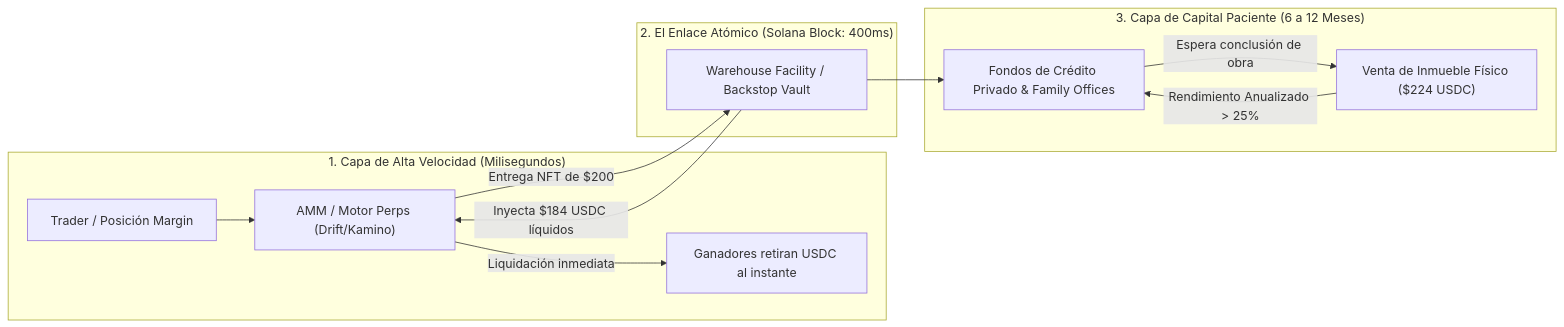
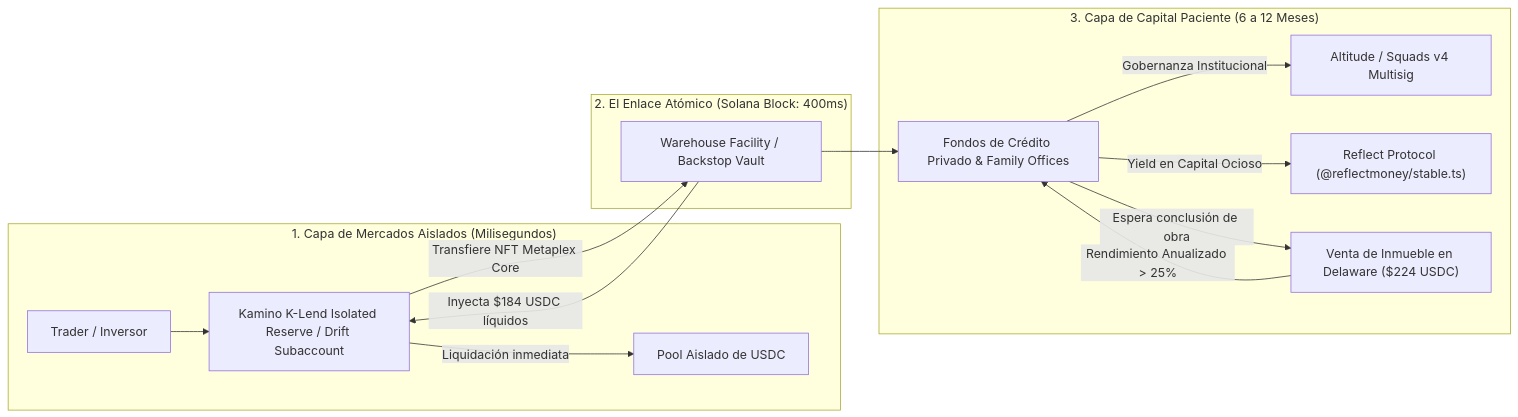
Before and after one commit to jeisonsosablockdev/BRIDS-KNOWLEDGE-FORT: the third of 3 diagrams in BRIDS-Brain/01 Negocio/02 Producto & Ingenieria/rfcs-tecnicos/epic-016-rwa-yield-bearing-margin-collateral.md, drawn with Mermaid. The commit also changed other lines of this file and 1 other file, not shown here.

Commit message:
docs(rfc): update epic-016 with Metaplex Core CPI and Colosseum stack architecture (v1.3)

````diff
--- a/BRIDS-Brain/01 Negocio/02 Producto & Ingenieria/rfcs-tecnicos/epic-016-rwa-yield-bearing-margin-collateral.md
+++ b/BRIDS-Brain/01 Negocio/02 Producto & Ingenieria/rfcs-tecnicos/epic-016-rwa-yield-bearing-margin-collateral.md
@@ -162,18 +165,20 @@
 ```mermaid
 flowchart LR
-    subgraph Capa_Velocidad["1. Capa de Alta Velocidad (Milisegundos)"]
-        Trader["Trader / Posición Margin"] --> AMM_Engine["AMM / Motor Perps (Drift/Kamino)"]
-        AMM_Engine -->|Liquidación inmediata| CashOut["Ganadores retiran USDC al instante"]
+    subgraph Capa_Credito["1. Capa de Mercados Aislados (Milisegundos)"]
+        Trader["Trader / Inversor"] --> Kamino["Kamino K-Lend Isolated Reserve / Drift Subaccount"]
+        Kamino -->|Liquidación inmediata| CashPool["Pool Aislado de USDC"]
     end
 
     subgraph Capa_Enlace["2. El Enlace Atómico (Solana Block: 400ms)"]
-        AMM_Engine -->|Entrega NFT de $200| Warehouse["Warehouse Facility / Backstop Vault"]
-        Warehouse -->|Inyecta $184 USDC líquidos| AMM_Engine
+        Kamino -->|Transfiere NFT Metaplex Core| Warehouse["Warehouse Facility / Backstop Vault"]
+        Warehouse -->|Inyecta $184 USDC líquidos| Kamino
     end
 
     subgraph Capa_Capital_Paciente["3. Capa de Capital Paciente (6 a 12 Meses)"]
         Warehouse --> CreditFunds["Fondos de Crédito Privado & Family Offices"]
-        CreditFunds -->|Espera conclusión de obra| SaleEvent["Venta de Inmueble Físico ($224 USDC)"]
+        CreditFunds -->|Gobernanza Institucional| Altitude["Altitude / Squads v4 Multisig"]
+        CreditFunds -->|Yield en Capital Ocioso| Reflect["Reflect Protocol (@reflectmoney/stable.ts)"]
+        CreditFunds -->|Espera conclusión de obra| SaleEvent["Venta de Inmueble en Delaware ($224 USDC)"]
         SaleEvent -->|Rendimiento Anualizado > 25%| CreditFunds
     end
 ```
````
